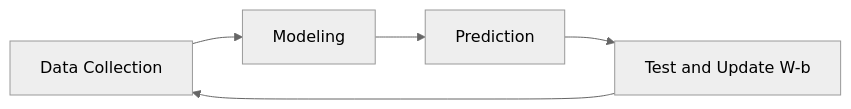
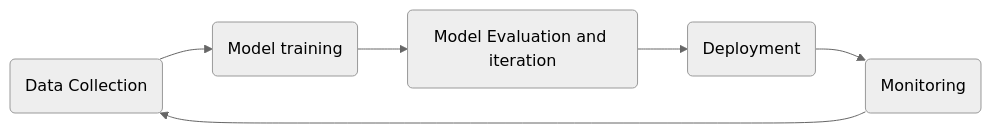
The second of 2 diagrams in ai/deep-learning-notes/dl-notes.md (afondiel/computer-science-notebook), drawn with Mermaid (neutral theme) before and after one commit. The commit also changed other lines of this file and 1 other file, not shown here.

````diff
--- a/ai/deep-learning-notes/dl-notes.md
+++ b/ai/deep-learning-notes/dl-notes.md
@@ -171,7 +171,8 @@
 ```mermaid
 graph LR;
-    A[Data Collection]-->B[Modeling];
-    B-->C[Prediction];
-    C-->D[Test and Update W-b];    
-    D-->A;
+    A(Data Collection)-->B(Model training);
+    B-->C(Model Evaluation and iteration);
+    C-->D(Deployment)
+    D-->E(Monitoring)    
+    E-->A;
 ```
````
